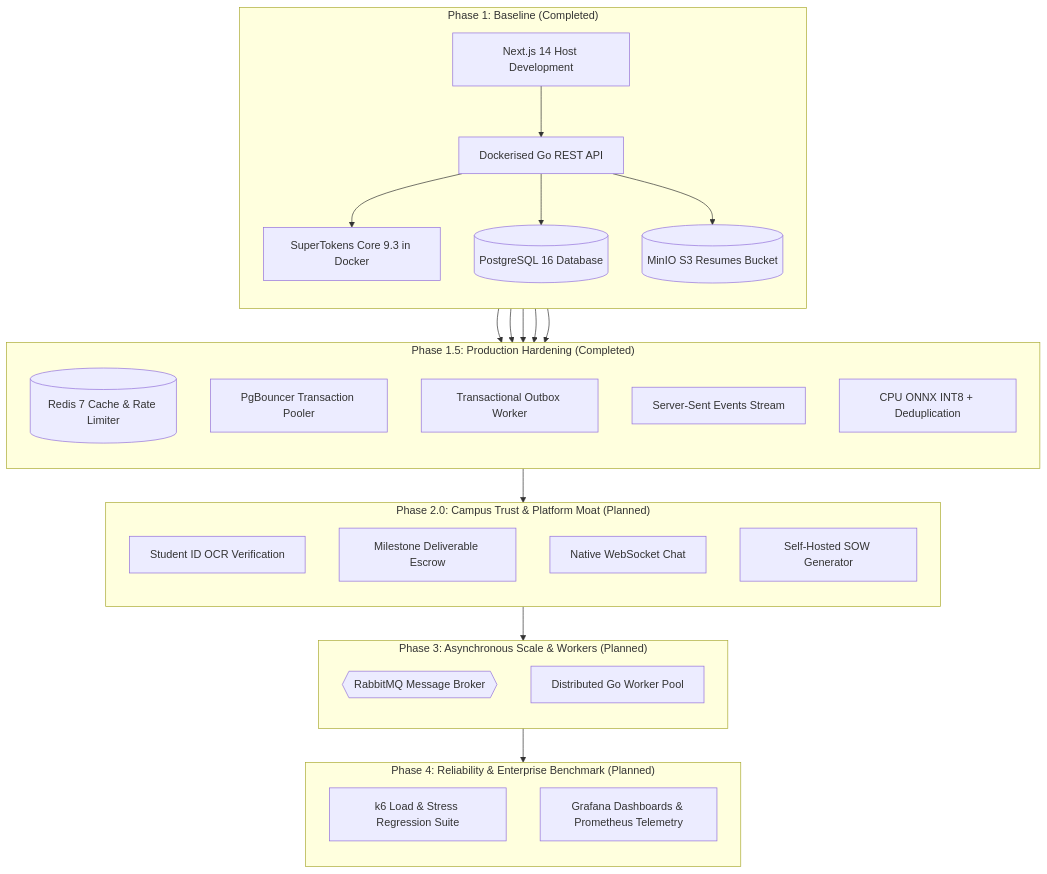
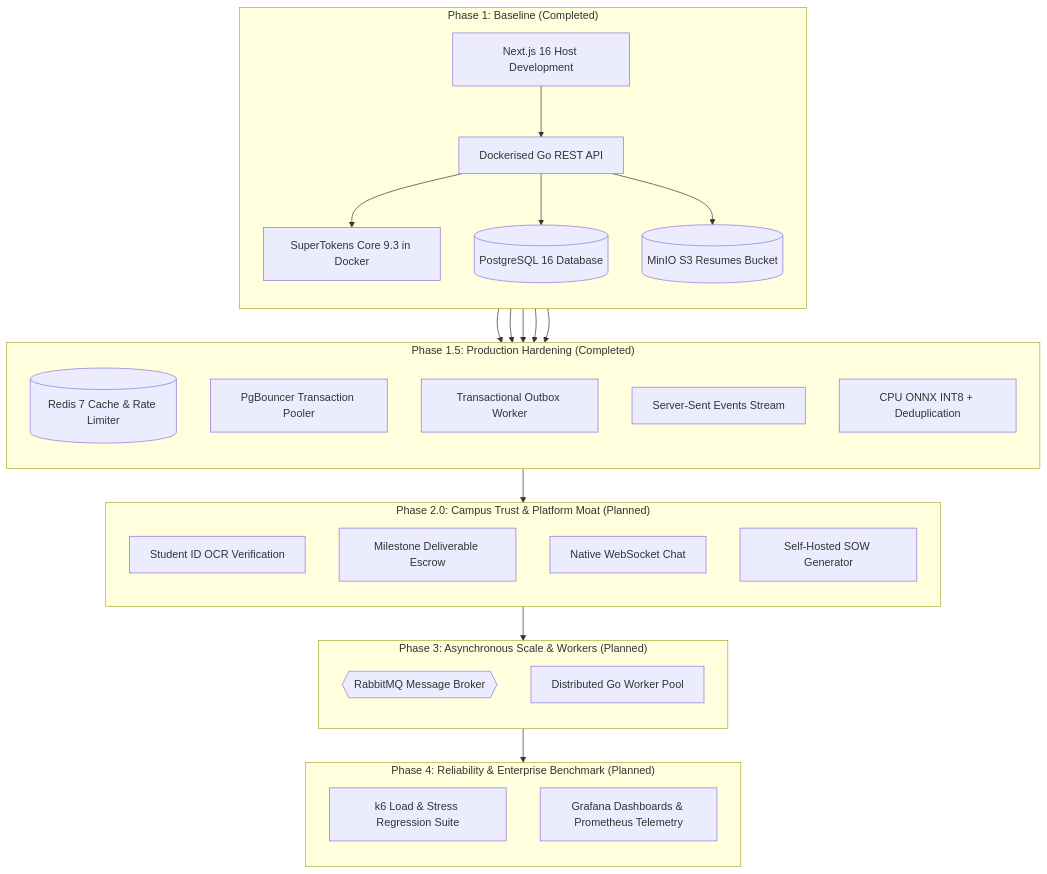
The third of 3 diagrams in docs/architecture/system-architecture.md (BIJJUDAMA/Lynk), drawn with Mermaid before and after one commit. The commit also changed other lines of this file and 14 other files, not shown here.

Commit message:
docs: align documentation with verified system architecture and schemas

````diff
--- a/docs/architecture/system-architecture.md
+++ b/docs/architecture/system-architecture.md
@@ -281,53 +281,53 @@
 ```mermaid
 flowchart TD
     subgraph Phase1["Phase 1: Baseline (Completed)"]
         direction TB
-        P1_FE[Next.js 14 Host Development]
+        P1_FE[Next.js 16 Host Development]
         P1_API[Dockerised Go REST API]
         P1_ST[SuperTokens Core 9.3 in Docker]
         P1_PG[(PostgreSQL 16 Database)]
         P1_S3[(MinIO S3 Resumes Bucket)]
         P1_FE --> P1_API
         P1_API --> P1_ST
         P1_API --> P1_PG
         P1_API --> P1_S3
     end
 
     subgraph Phase1_5["Phase 1.5: Production Hardening (Completed)"]
         direction TB
         P15_REDIS[(Redis 7 Cache & Rate Limiter)]
         P15_PGB[PgBouncer Transaction Pooler]
         P15_OUTBOX[Transactional Outbox Worker]
         P15_SSE[Server-Sent Events Stream]
         P15_ONNX[CPU ONNX INT8 + Deduplication]
         P1_API --> P15_REDIS
         P1_API --> P15_PGB
         P1_API --> P15_OUTBOX
         P1_API --> P15_SSE
     end
 
     subgraph Phase2["Phase 2.0: Campus Trust & Platform Moat (Planned)"]
         direction TB
         P2_OCR[Student ID OCR Verification]
         P2_ESCROW[Milestone Deliverable Escrow]
         P2_WS[Native WebSocket Chat]
         P2_LLM[Self-Hosted SOW Generator]
     end
 
     subgraph Phase3["Phase 3: Asynchronous Scale & Workers (Planned)"]
         direction TB
         P3_RMQ{{RabbitMQ Message Broker}}
         P3_WORKER[Distributed Go Worker Pool]
     end
 
     subgraph Phase4["Phase 4: Reliability & Enterprise Benchmark (Planned)"]
         direction TB
         P4_K6[k6 Load & Stress Regression Suite]
         P4_OBS[Grafana Dashboards & Prometheus Telemetry]
     end
 
     Phase1 --> Phase1_5
     Phase1_5 --> Phase2
     Phase2 --> Phase3
     Phase3 --> Phase4
 ```
````
